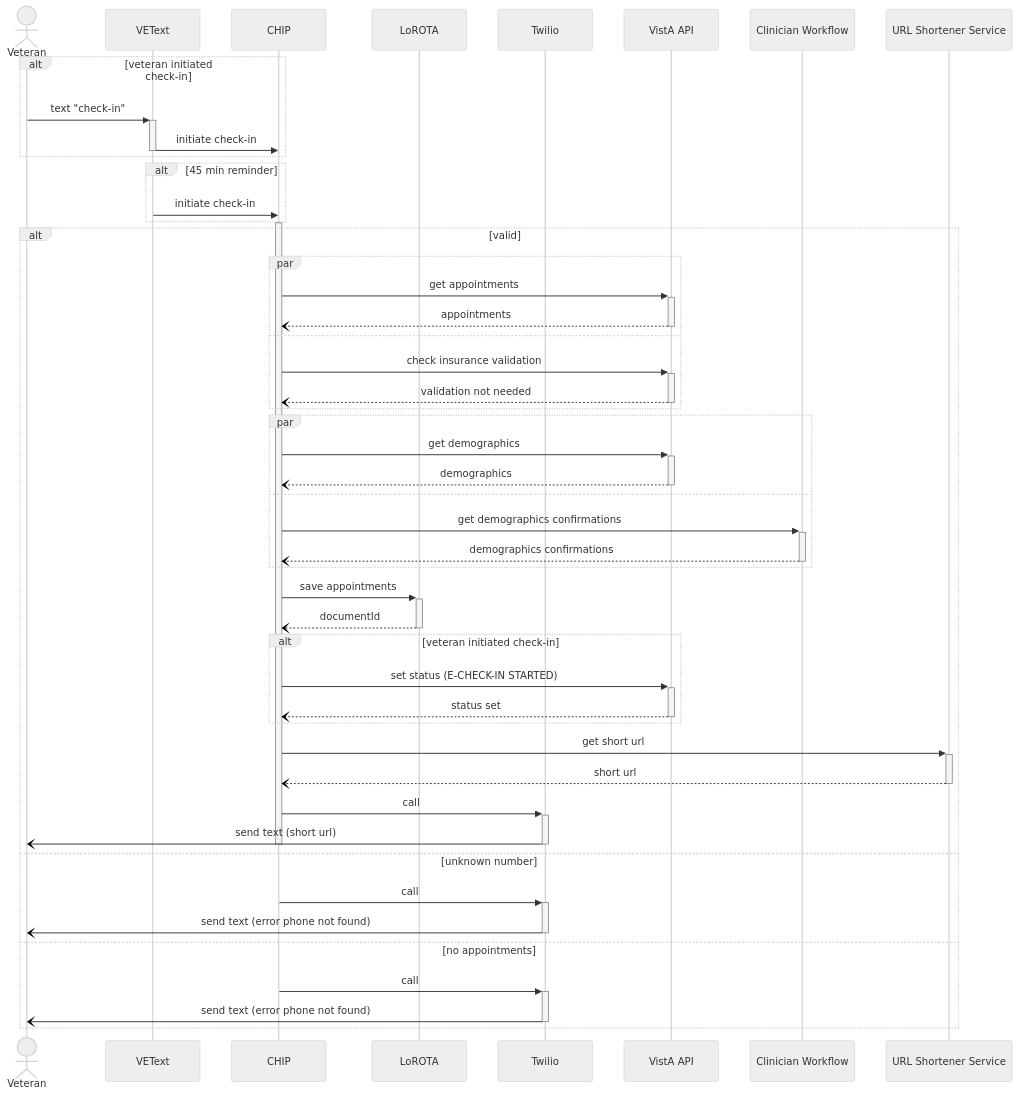
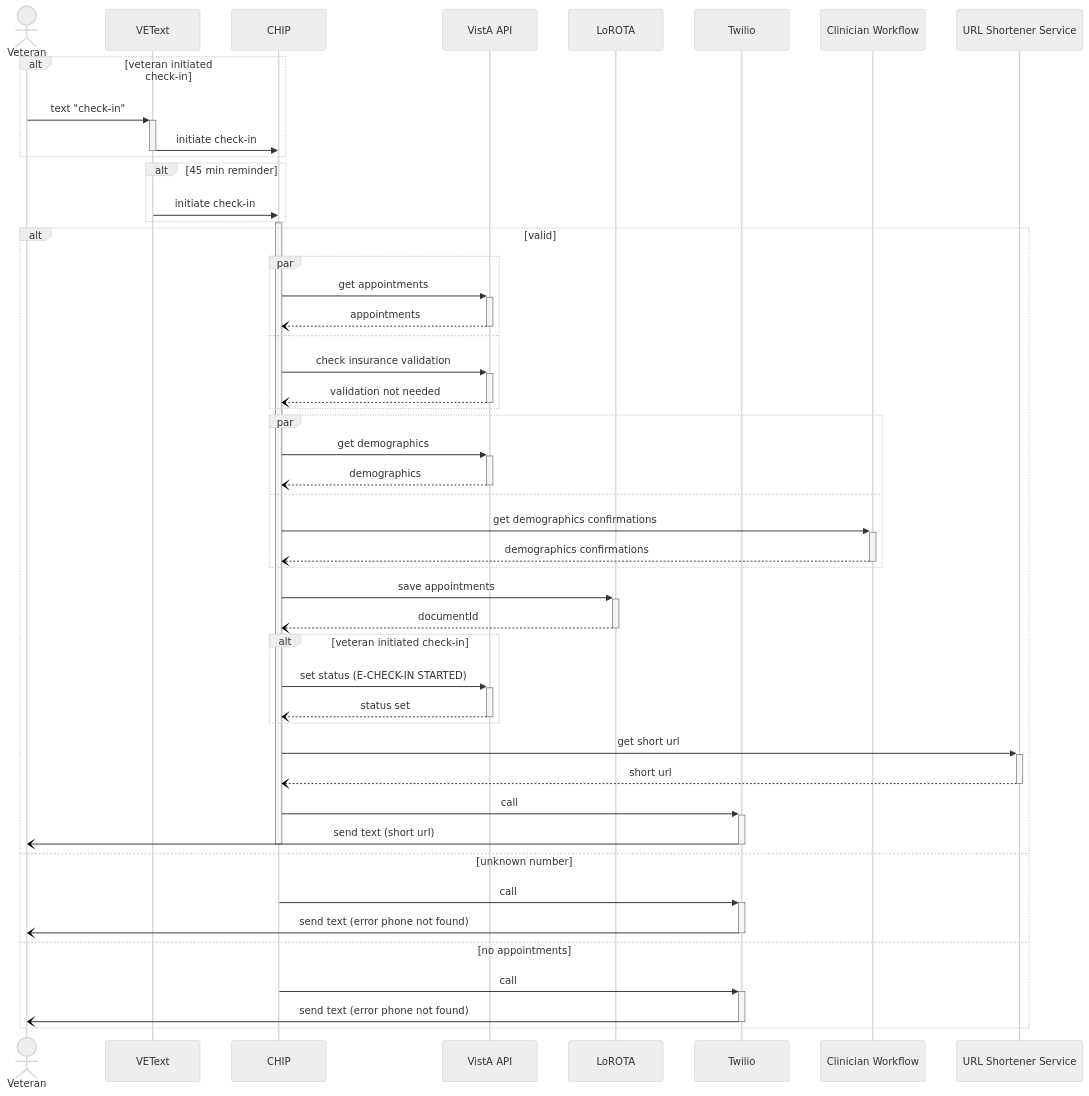
One commit to department-of-veterans-affairs/va.gov-team changed the first of 4 diagrams in products/health-care/checkin/engineering/architecture-diagrams/sequenceDiagram_checkInExp.md. Above: the diagram before and after it, drawn with Mermaid (neutral theme). The commit also changed other lines of this file, not shown here.

````diff
--- a/products/health-care/checkin/engineering/architecture-diagrams/sequenceDiagram_checkInExp.md
+++ b/products/health-care/checkin/engineering/architecture-diagrams/sequenceDiagram_checkInExp.md
@@ -10,53 +10,53 @@
 ```mermaid
 sequenceDiagram
     actor vet as Veteran
     participant vt as VEText
     participant c as CHIP
+    participant va as VistA API
     participant l as LoROTA
     participant t as Twilio
-    participant va as VistA API
     participant cw as Clinician Workflow
     participant url as URL Shortener Service
 
     alt veteran initiated check-in
     vet->>+vt: text "check-in"
     vt->>-c: initiate check-in
     end
     alt 45 min reminder
     vt->>c: initiate check-in
     end
     activate c
     alt valid
       par
         c->>+va: get appointments
         va--)-c: appointments
       and
         c->>+va: check insurance validation
         va--)-c: validation not needed
       end
       par
         c->>+va: get demographics
         va--)-c: demographics
       and
         c->>+cw: get demographics confirmations
         cw--)-c: demographics confirmations
       end
         c->>+l: save appointments
         l--)-c: documentId
         alt veteran initiated check-in
             c->>+va: set status (E-CHECK-IN STARTED)
             va--)-c: status set
         end
         c->>+url: get short url
         url--)-c: short url
         c->>+t: call
         t-)-vet: send text (short url)
         deactivate c
     else unknown number
         c->>+t: call
         t-)-vet: send text (error phone not found)
     else no appointments
         c->>+t: call
         t-)-vet: send text (error phone not found)
     end
 ```
````
